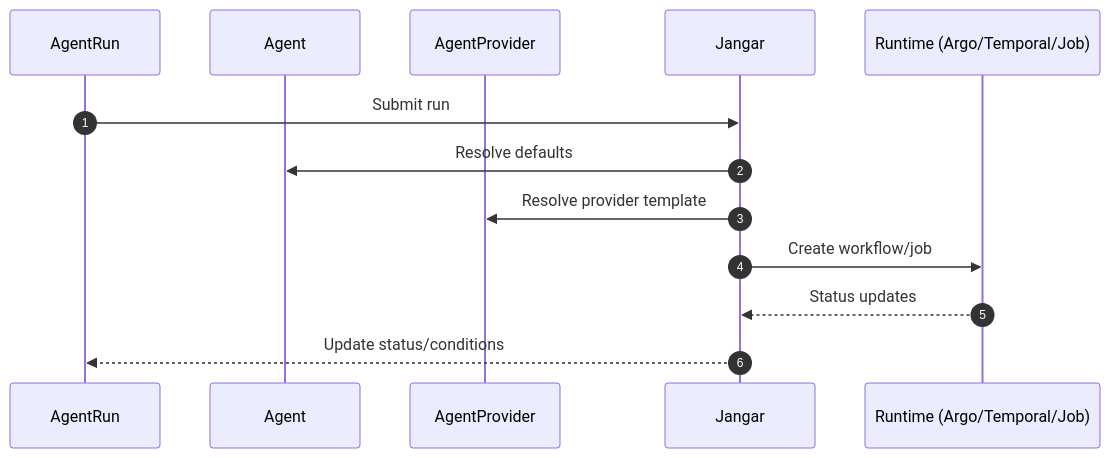
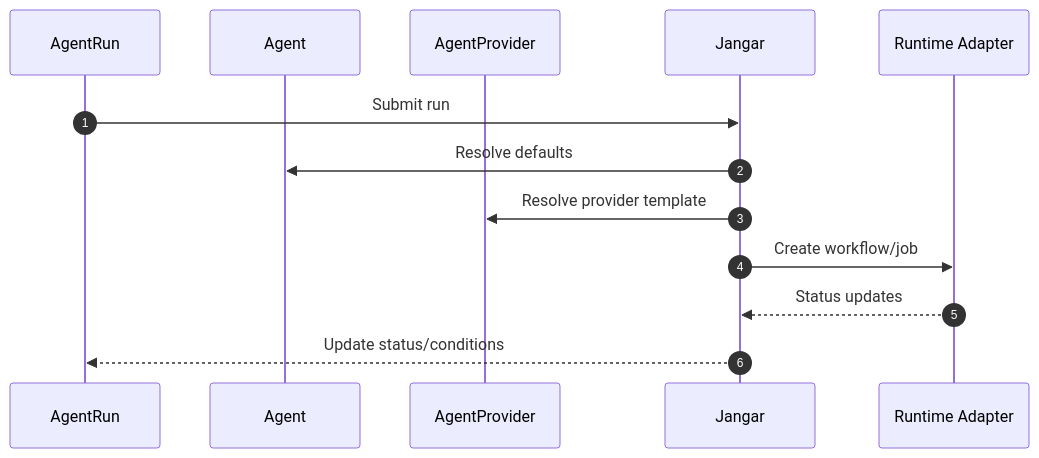
Before and after one commit to proompteng/lab: the third of 4 diagrams in docs/agents-helm-chart-design.md, drawn with Mermaid. The commit also changed other lines of this file, not shown here.

````diff
--- a/docs/agents-helm-chart-design.md
+++ b/docs/agents-helm-chart-design.md
@@ -130,15 +136,15 @@
 ```mermaid
 sequenceDiagram
   autonumber
   participant AR as AgentRun
   participant AG as Agent
   participant PR as AgentProvider
   participant J as Jangar
-  participant RT as Runtime (Argo/Temporal/Job)
+  participant RT as Runtime Adapter
   AR->>J: Submit run
   J->>AG: Resolve defaults
   J->>PR: Resolve provider template
   J->>RT: Create workflow/job
   RT-->>J: Status updates
   J-->>AR: Update status/conditions
 ```
````
